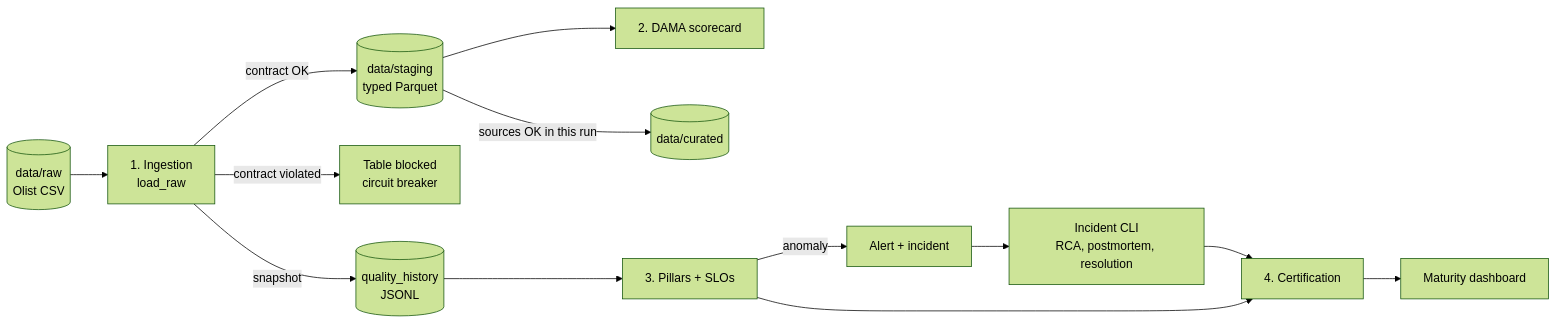
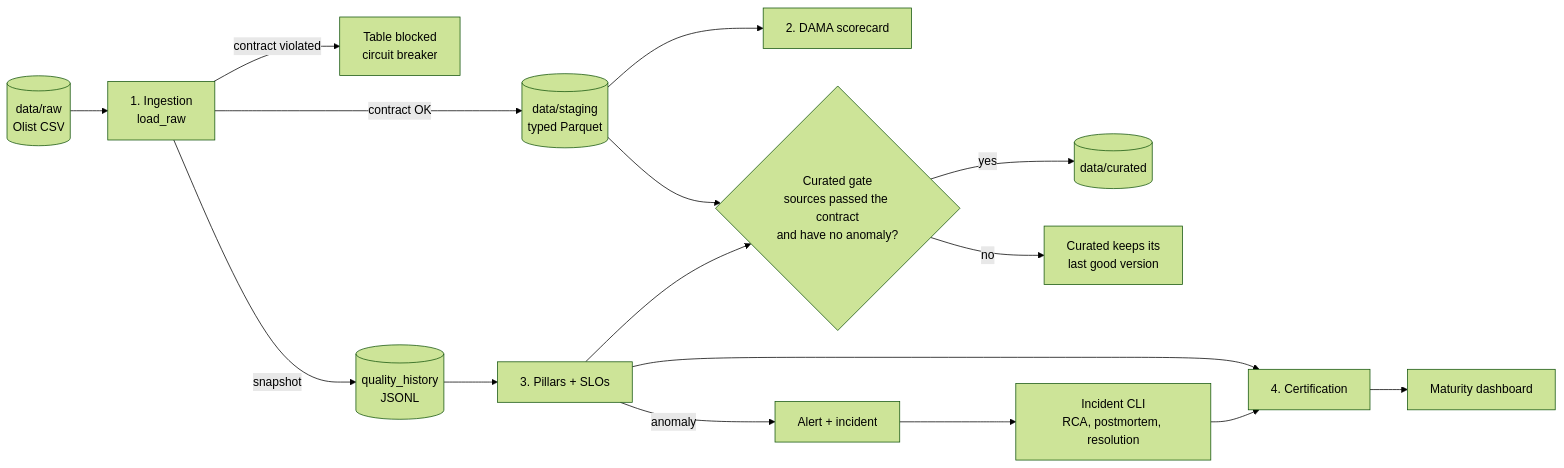
One commit to amadeuchacar/data-quality-ecommerce changed the diagram in README.md. Above: the diagram before and after it, drawn with Mermaid (forest theme). The commit also changed other lines of this file and 12 other files, not shown here.

Commit message:
docs: document the curated gate on pillar anomalies

````diff
--- a/README.md
+++ b/README.md
@@ -37,15 +37,18 @@
 ```mermaid
 flowchart LR
     RAW[(data/raw<br/>Olist CSV)] --> ING[1. Ingestion<br/>load_raw]
     ING -->|contract OK| STG[(data/staging<br/>typed Parquet)]
     ING -->|contract violated| BLOCK[Table blocked<br/>circuit breaker]
     ING -->|snapshot| HIST[(quality_history<br/>JSONL)]
     STG --> DAMA[2. DAMA scorecard]
     HIST --> CHK[3. Pillars + SLOs]
     CHK -->|anomaly| ALERT[Alert + incident]
     CHK --> CERT[4. Certification]
-    STG -->|sources OK in this run| CUR[(data/curated)]
+    STG --> GATE{Curated gate<br/>sources passed the contract<br/>and have no anomaly?}
+    CHK --> GATE
+    GATE -->|yes| CUR[(data/curated)]
+    GATE -->|no| KEEP[Curated keeps its<br/>last good version]
     CERT --> DASH[Maturity dashboard]
     ALERT --> CLI[Incident CLI<br/>RCA, postmortem, resolution]
     CLI --> CERT
 ```
````
